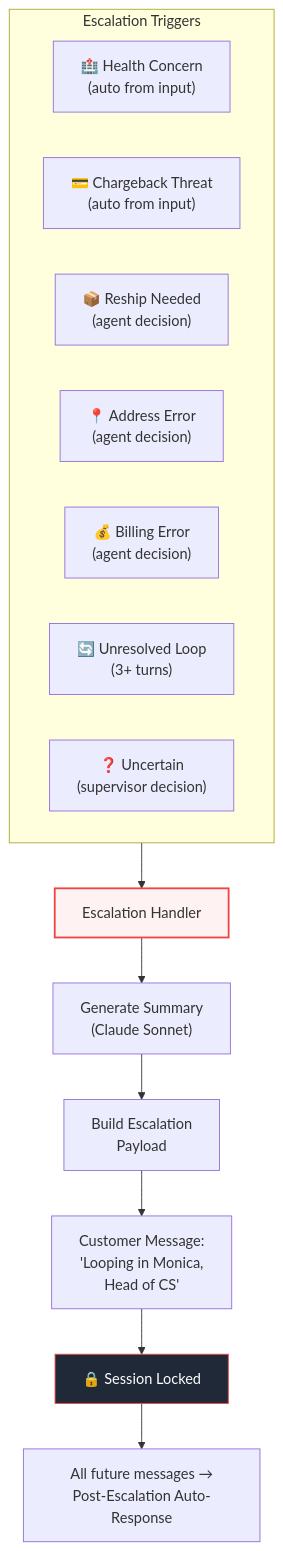
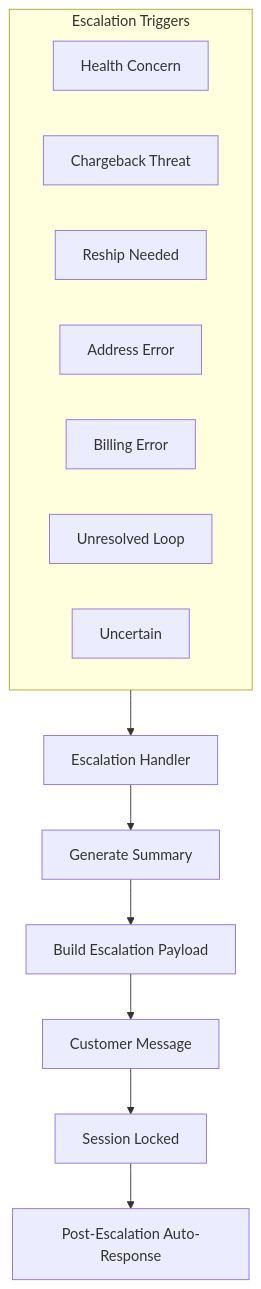
One commit to EminDurmuSS/lookfor-hackathon changed diagram 11 of 11 in README.md. Above: the diagram before and after it, drawn with Mermaid. The commit also changed other lines of this file, not shown here.

First line of the commit message:
Refactor README formatting and diagram clarity

````diff
--- a/README.md
+++ b/README.md
@@ -594,23 +509,20 @@
 ```mermaid
 flowchart TD
-    subgraph TRIGGERS["Escalation Triggers"]
-        T1["🏥 Health Concern<br/>(auto from input)"]
-        T2["💳 Chargeback Threat<br/>(auto from input)"]
-        T3["📦 Reship Needed<br/>(agent decision)"]
-        T4["📍 Address Error<br/>(agent decision)"]
-        T5["💰 Billing Error<br/>(agent decision)"]
-        T6["🔄 Unresolved Loop<br/>(3+ turns)"]
-        T7["❓ Uncertain<br/>(supervisor decision)"]
+    subgraph TRIGGERS[Escalation Triggers]
+        T1[Health Concern]
+        T2[Chargeback Threat]
+        T3[Reship Needed]
+        T4[Address Error]
+        T5[Billing Error]
+        T6[Unresolved Loop]
+        T7[Uncertain]
     end
 
-    TRIGGERS --> ESC["Escalation Handler"]
+    TRIGGERS --> ESC[Escalation Handler]
 
-    ESC --> SUMMARY["Generate Summary<br/>(Claude Sonnet)"]
-    SUMMARY --> PAYLOAD["Build Escalation<br/>Payload"]
-    PAYLOAD --> MSG["Customer Message:<br/>'Looping in Monica,<br/>Head of CS'"]
-    MSG --> LOCK["🔒 Session Locked"]
-    LOCK --> POST["All future messages →<br/>Post-Escalation Auto-Response"]
-
-    style ESC fill:#fef2f2,stroke:#ef4444,stroke-width:2px
-    style LOCK fill:#1f2937,stroke:#ef4444,color:#fff
+    ESC --> SUMMARY[Generate Summary]
+    SUMMARY --> PAYLOAD[Build Escalation Payload]
+    PAYLOAD --> MSG[Customer Message]
+    MSG --> LOCK[Session Locked]
+    LOCK --> POST[Post-Escalation Auto-Response]
 ```
````
